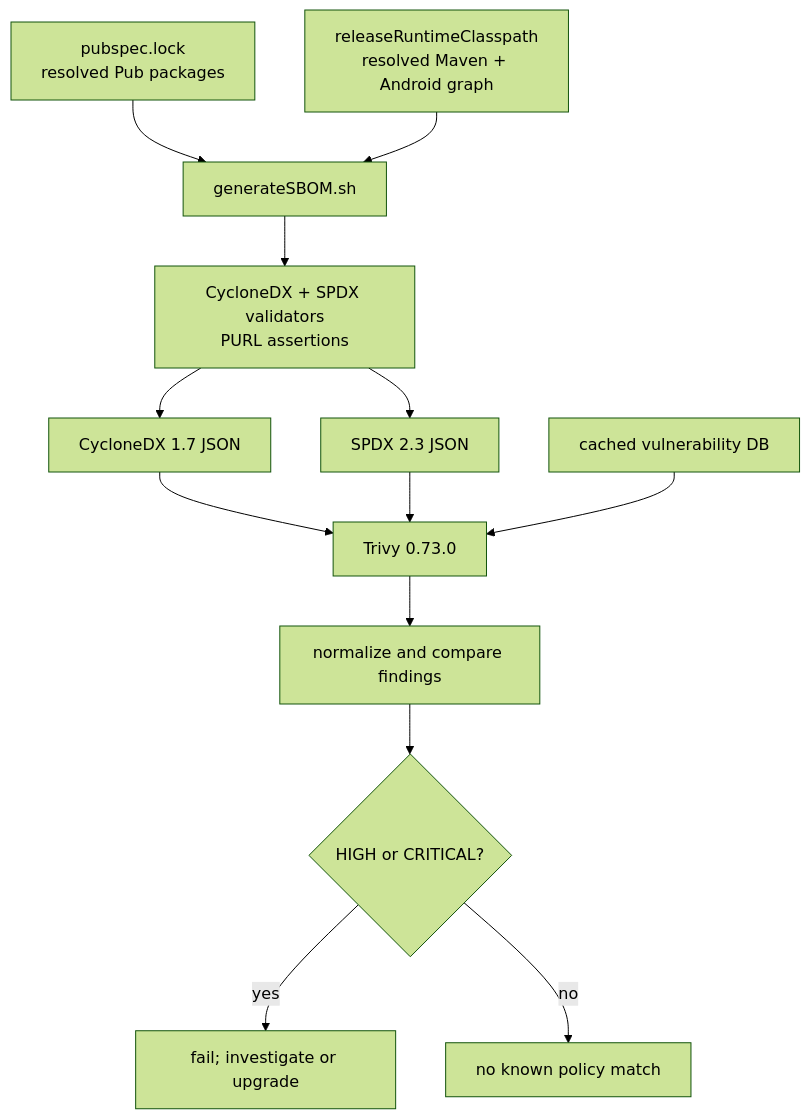
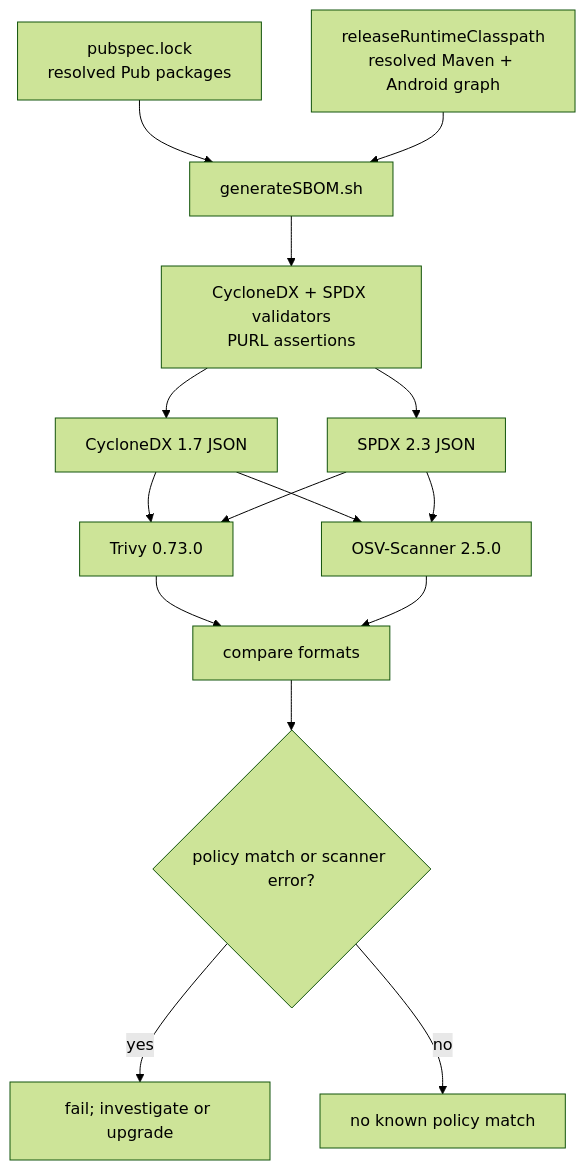
The second of 3 diagrams in docs/cveCheck.md (marcelpetrick/CroLingo), drawn with Mermaid (forest theme) before and after one commit. The commit also changed other lines of this file and 7 other files, not shown here.

````diff
--- a/docs/cveCheck.md
+++ b/docs/cveCheck.md
@@ -116,15 +130,17 @@
 ```mermaid
 flowchart TB
   Lock["pubspec.lock\nresolved Pub packages"] --> Generator["generateSBOM.sh"]
   Gradle["releaseRuntimeClasspath\nresolved Maven + Android graph"] --> Generator
   Generator --> Validate["CycloneDX + SPDX validators\nPURL assertions"]
   Validate --> CDX["CycloneDX 1.7 JSON"]
   Validate --> SPDX["SPDX 2.3 JSON"]
   CDX --> Trivy["Trivy 0.73.0"]
   SPDX --> Trivy
-  DB["cached vulnerability DB"] --> Trivy
-  Trivy --> Compare["normalize and compare findings"]
-  Compare --> Gate{"HIGH or CRITICAL?"}
+  CDX --> OSV["OSV-Scanner 2.5.0"]
+  SPDX --> OSV
+  Trivy --> Compare["compare formats"]
+  OSV --> Compare
+  Compare --> Gate{"policy match or scanner error?"}
   Gate -->|"yes"| Fail["fail; investigate or upgrade"]
   Gate -->|"no"| Pass["no known policy match"]
 ```
````
